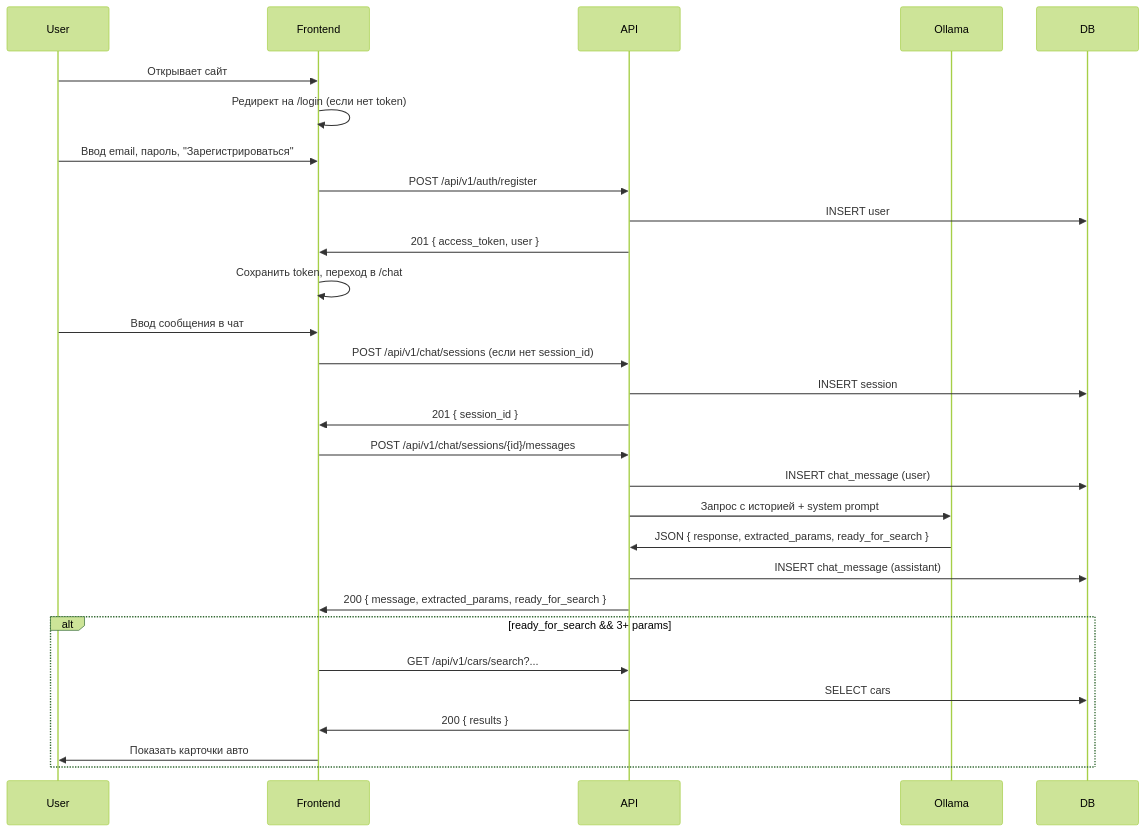
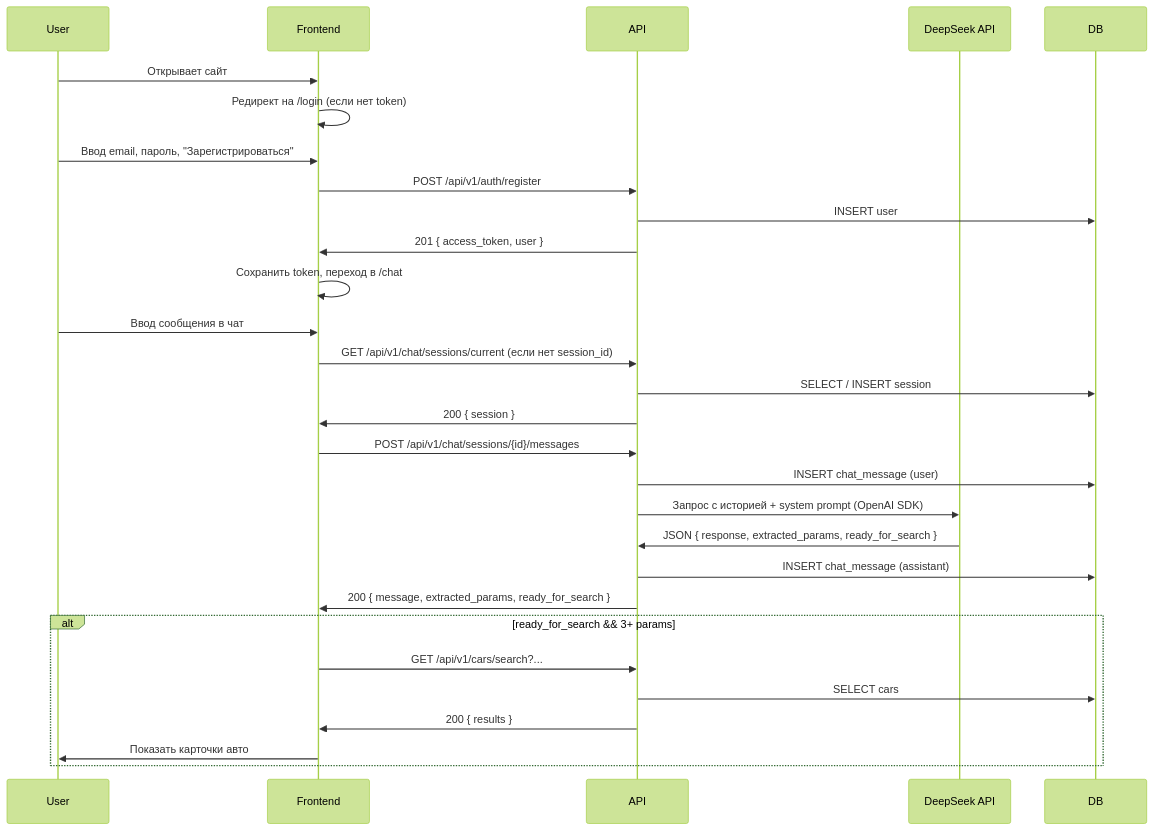
The second of 3 diagrams in CarMatch_Implementation_Spec.md (JuliaMatsievich/CarMatch), drawn with Mermaid (forest theme) before and after one commit. The commit also changed other lines of this file and 79 other files, not shown here.

````diff
--- a/CarMatch_Implementation_Spec.md
+++ b/CarMatch_Implementation_Spec.md
@@ -71,32 +86,32 @@
 ```mermaid
 sequenceDiagram
     participant U as User
     participant F as Frontend
     participant A as API
-    participant O as Ollama
+    participant DS as DeepSeek API
     participant D as DB
 
     U->>F: Открывает сайт
     F->>F: Редирект на /login (если нет token)
     U->>F: Ввод email, пароль, "Зарегистрироваться"
     F->>A: POST /api/v1/auth/register
     A->>D: INSERT user
     A->>F: 201 { access_token, user }
     F->>F: Сохранить token, переход в /chat
     U->>F: Ввод сообщения в чат
-    F->>A: POST /api/v1/chat/sessions (если нет session_id)
-    A->>D: INSERT session
-    A->>F: 201 { session_id }
+    F->>A: GET /api/v1/chat/sessions/current (если нет session_id)
+    A->>D: SELECT / INSERT session
+    A->>F: 200 { session }
     F->>A: POST /api/v1/chat/sessions/{id}/messages
     A->>D: INSERT chat_message (user)
-    A->>O: Запрос с историей + system prompt
-    O->>A: JSON { response, extracted_params, ready_for_search }
+    A->>DS: Запрос с историей + system prompt (OpenAI SDK)
+    DS->>A: JSON { response, extracted_params, ready_for_search }
     A->>D: INSERT chat_message (assistant)
     A->>F: 200 { message, extracted_params, ready_for_search }
     alt ready_for_search && 3+ params
         F->>A: GET /api/v1/cars/search?...
         A->>D: SELECT cars
         A->>F: 200 { results }
         F->>U: Показать карточки авто
     end
 ```
````
